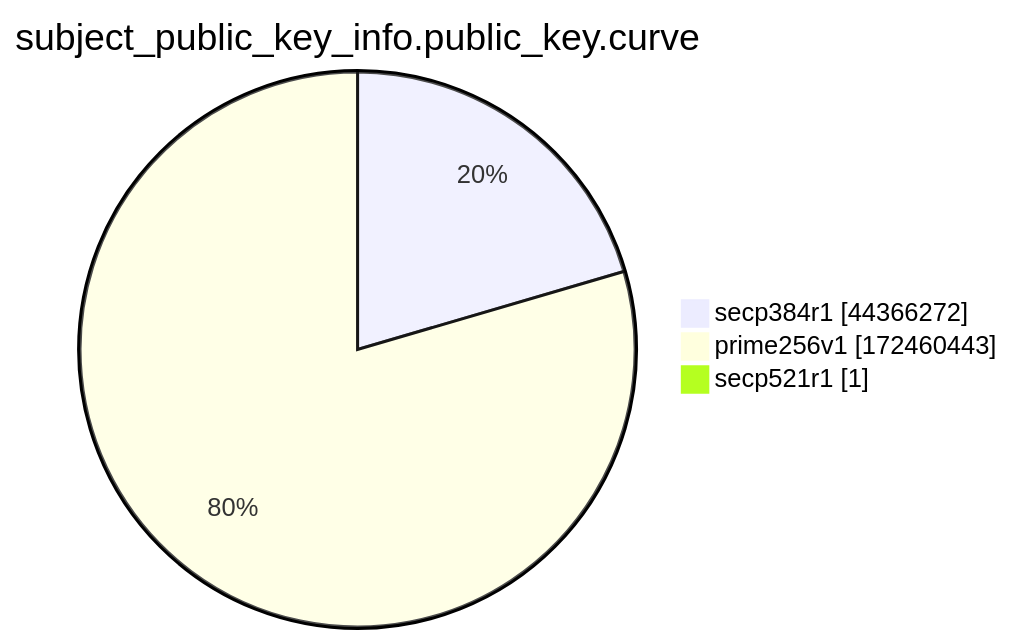
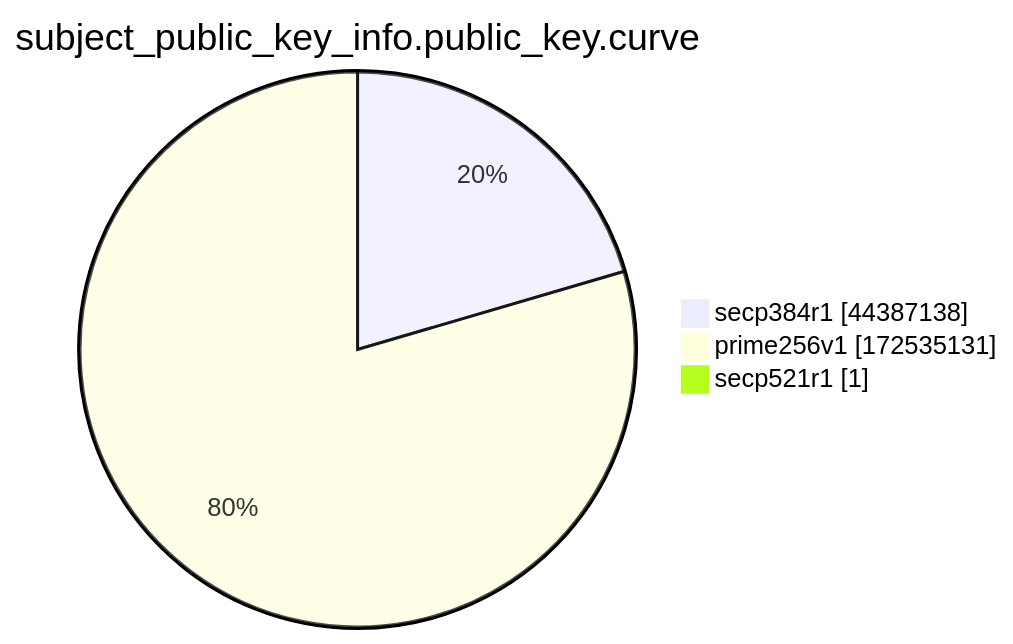
Before and after one commit to christiankrug/ctmonitor_visualization: the ninth of 15 diagrams in xenon2022/README.md, drawn with Mermaid. The commit also changed other lines of this file, not shown here.

````diff
--- a/xenon2022/README.md
+++ b/xenon2022/README.md
@@ -2871,7 +2871,7 @@
 ```mermaid
 pie showData
 title subject_public_key_info.public_key.curve
-"secp384r1" :44366272
-"prime256v1" :172460443
+"secp384r1" :44387138
+"prime256v1" :172535131
 "secp521r1" :1
 ```
````
